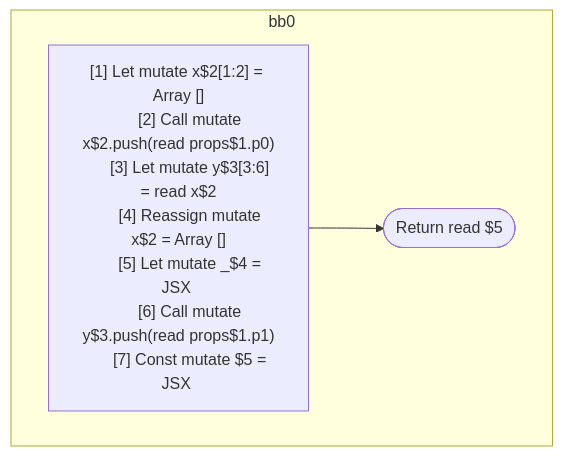
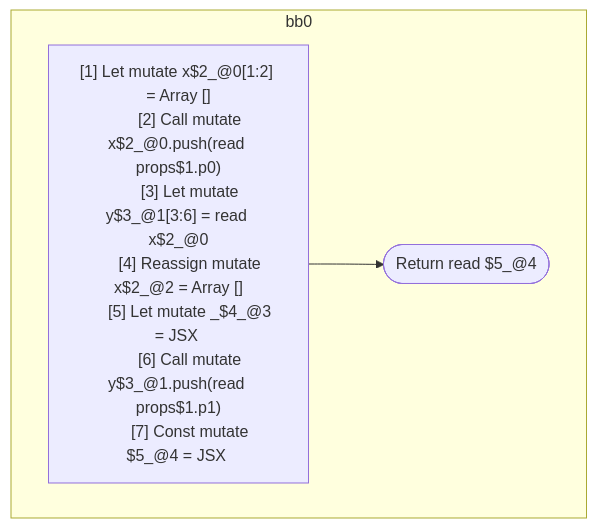
One commit to wutsmog/private changed the diagram in compiler/forget/src/__tests__/fixtures/hir/reassignment.expect.md. Above: the diagram before and after it, drawn with Mermaid. The commit also changed other lines of this file and 60 other files, not shown here.

````diff
--- a/compiler/forget/src/__tests__/fixtures/hir/reassignment.expect.md
+++ b/compiler/forget/src/__tests__/fixtures/hir/reassignment.expect.md
@@ -36,19 +36,19 @@
 ```mermaid
 flowchart TB
   %% Basic Blocks
   subgraph bb0
     bb0_instrs["
-      [1] Let mutate x$2[1:2] = Array []
-      [2] Call mutate x$2.push(read props$1.p0)
-      [3] Let mutate y$3[3:6] = read x$2
-      [4] Reassign mutate x$2 = Array []
-      [5] Let mutate _$4 = JSX <read Component$0 x={freeze x$2} ></read Component$0>
-      [6] Call mutate y$3.push(read props$1.p1)
-      [7] Const mutate $5 = JSX <read Component$0 x={read x$2} y={freeze y$3} ></read Component$0>
+      [1] Let mutate x$2_@0[1:2] = Array []
+      [2] Call mutate x$2_@0.push(read props$1.p0)
+      [3] Let mutate y$3_@1[3:6] = read x$2_@0
+      [4] Reassign mutate x$2_@2 = Array []
+      [5] Let mutate _$4_@3 = JSX <read Component$0 x={freeze x$2_@2} ></read Component$0>
+      [6] Call mutate y$3_@1.push(read props$1.p1)
+      [7] Const mutate $5_@4 = JSX <read Component$0 x={read x$2_@2} y={freeze y$3_@1} ></read Component$0>
     "]
-    bb0_instrs --> bb0_terminal(["Return read $5"])
+    bb0_instrs --> bb0_terminal(["Return read $5_@4"])
   end
 
   %% Jumps
   %% empty
 ```
````
